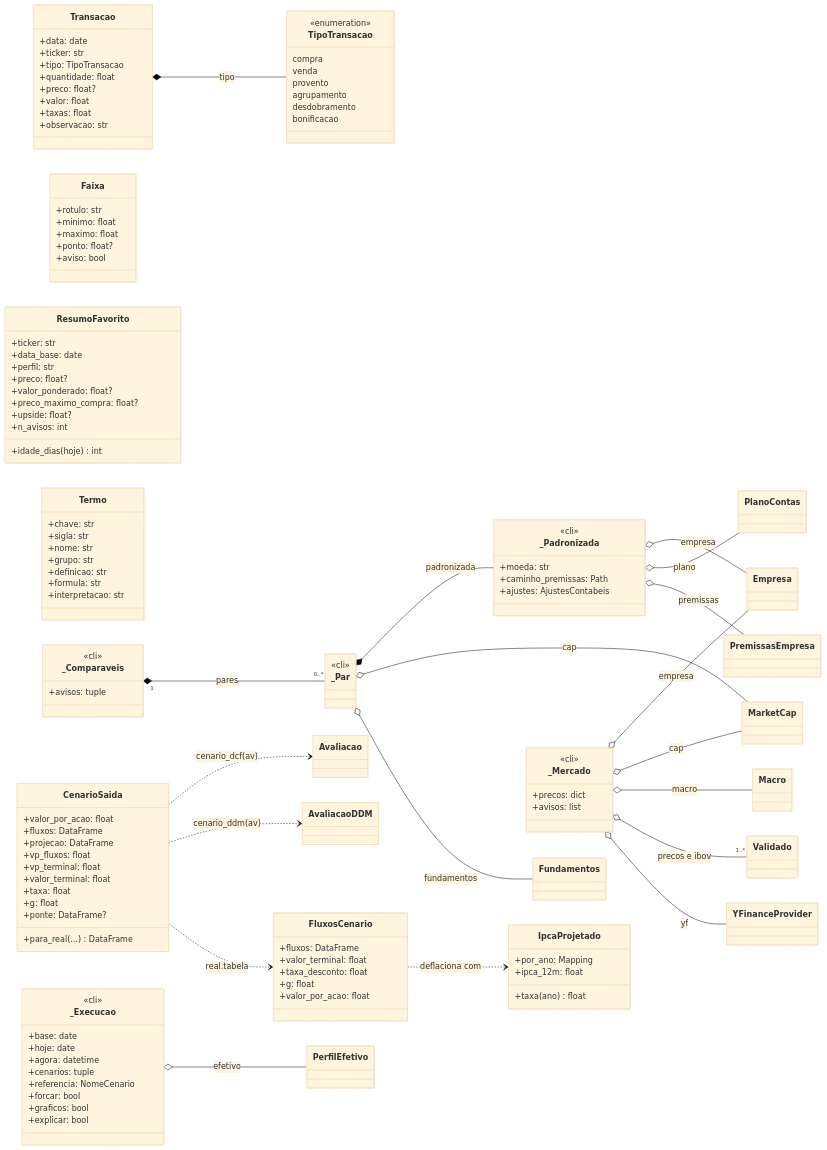
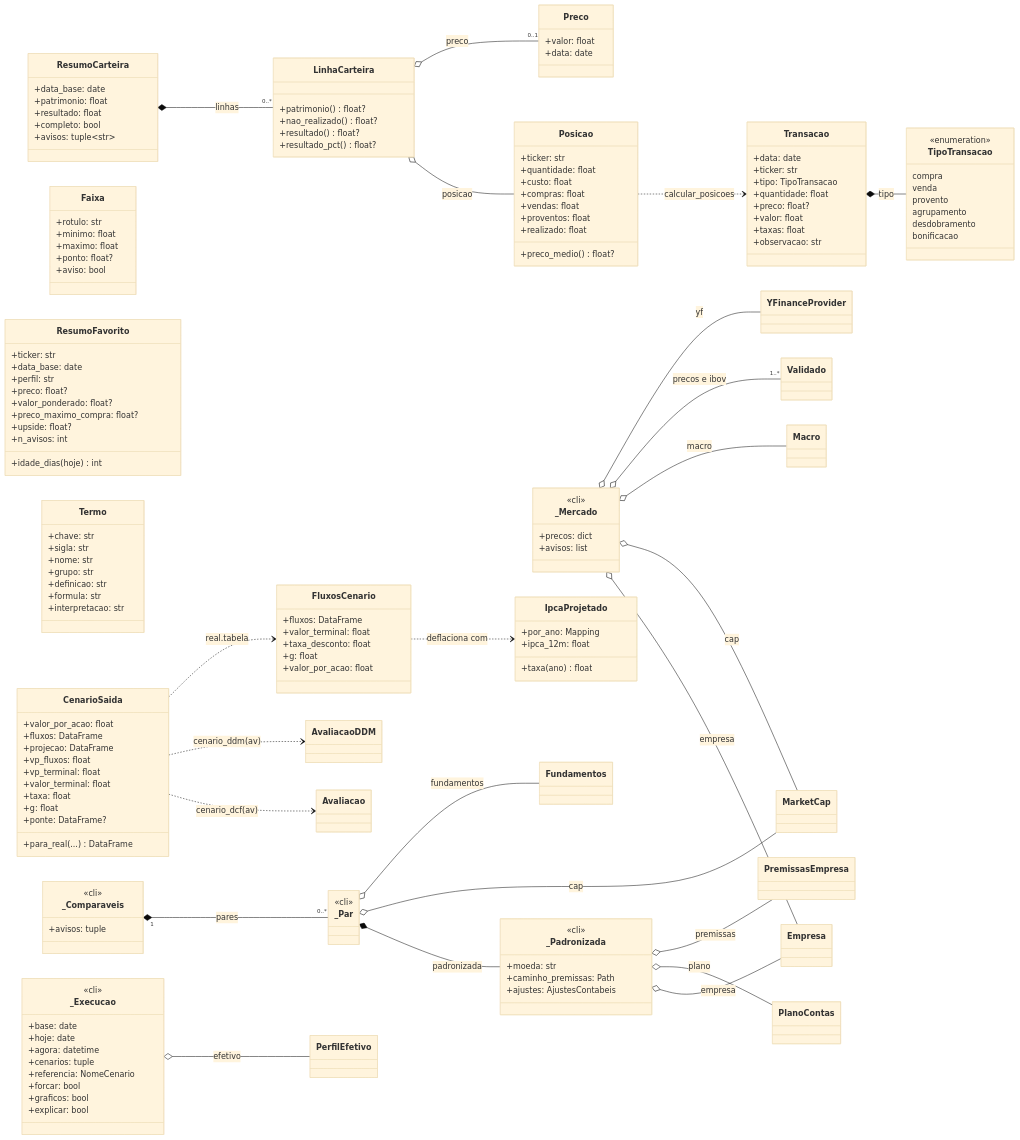
One commit to luiz2801/lastro changed the sixth of 7 diagrams in docs/diagrama_classes.md. Above: the diagram before and after it, drawn with Mermaid (base theme). The commit also changed other lines of this file and 10 other files, not shown here.

First line of the commit message:
carteira: posição, preço médio e resultado (ADR 0020, Etapa C2)

```diff
--- a/docs/diagrama_classes.md
+++ b/docs/diagrama_classes.md
@@ -805,6 +805,33 @@
     class Empresa
     class PlanoContas
     class PremissasEmpresa
+    class Posicao {
+        +ticker: str
+        +quantidade: float
+        +custo: float
+        +compras: float
+        +vendas: float
+        +proventos: float
+        +realizado: float
+        +preco_medio() float?
+    }
+    class Preco {
+        +valor: float
+        +data: date
+    }
+    class LinhaCarteira {
+        +patrimonio() float?
+        +nao_realizado() float?
+        +resultado() float?
+        +resultado_pct() float?
+    }
+    class ResumoCarteira {
+        +data_base: date
+        +patrimonio: float
+        +resultado: float
+        +completo: bool
+        +avisos: tuple~str~
+    }
     class MarketCap
     class Macro
     class Validado
@@ -812,6 +839,10 @@
     class PerfilEfetivo
 
     Transacao *-- TipoTransacao : tipo
+    Posicao ..> Transacao : calcular_posicoes
+    LinhaCarteira o-- Posicao : posicao
+    LinhaCarteira o-- "0..1" Preco : preco
+    ResumoCarteira *-- "0..*" LinhaCarteira : linhas
     CenarioSaida ..> Avaliacao : cenario_dcf(av)
     CenarioSaida ..> AvaliacaoDDM : cenario_ddm(av)
     CenarioSaida ..> FluxosCenario : real.tabela
```
